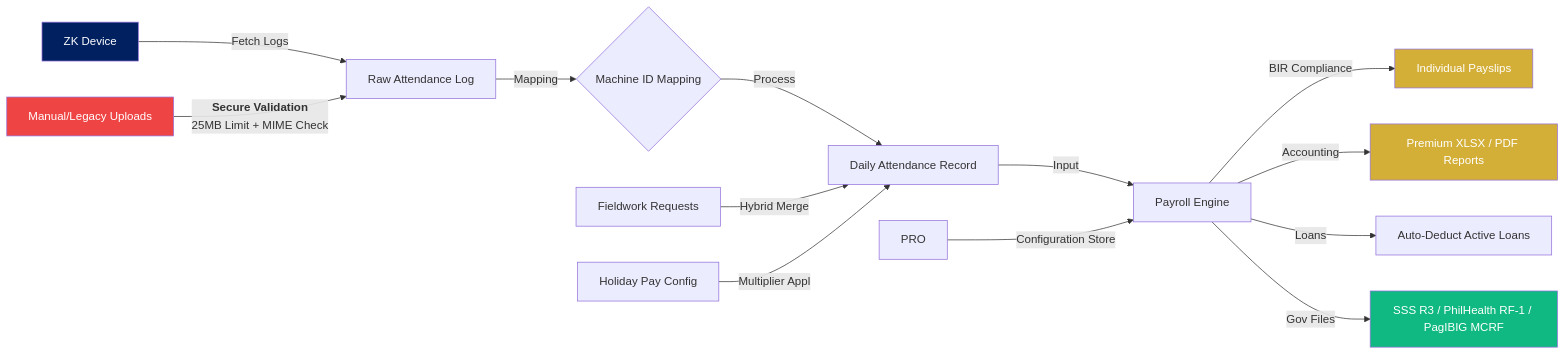
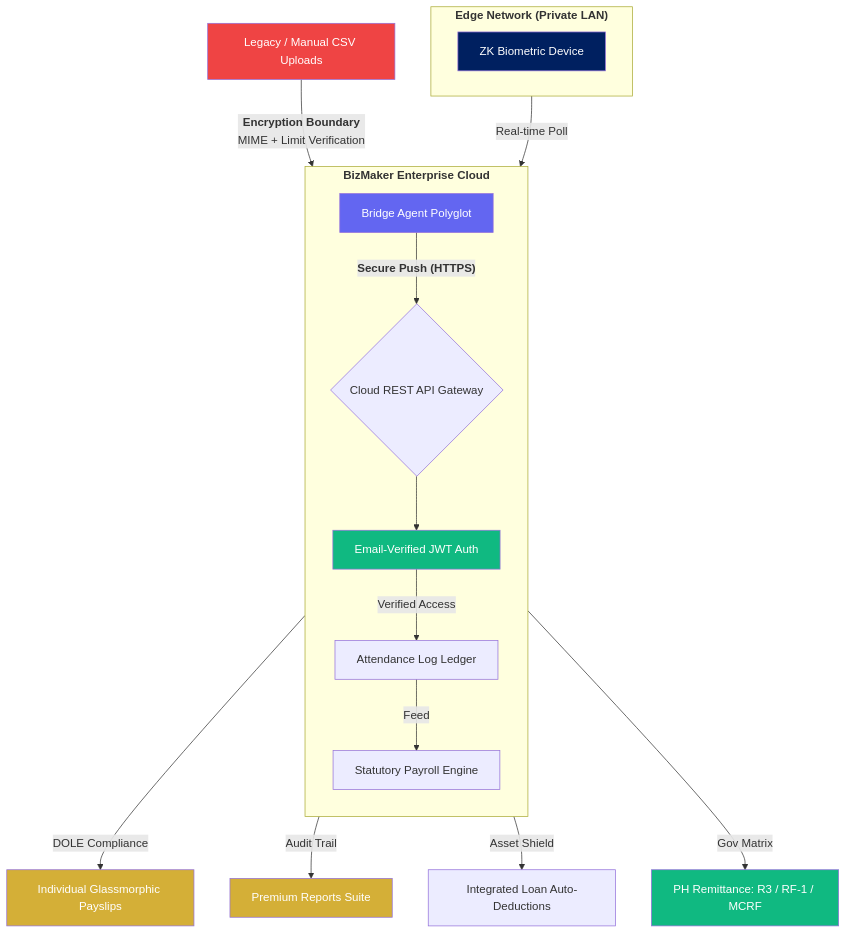
The second of 11 diagrams in README.md (binssente-crypto/PAYROLL-DOCUMENTATION), drawn with Mermaid before and after one commit. The commit also changed other lines of this file, not shown here.

First line of the commit message:
Revise README for BizMaker Premium Payroll & ERP Suite

````diff
--- a/README.md
+++ b/README.md
@@ -74,25 +83,39 @@
 ```mermaid
-flowchart LR
-    HW[ZK Device] -->|Fetch Logs| LOG[Raw Attendance Log]
-    LOG -->|Mapping| MAP{Machine ID Mapping}
-    MAP -->|Process| DAY[Daily Attendance Record]
+    flowchart TD
+    %% Cloud Bridge Sync
+    subgraph Local["<b>Edge Network (Private LAN)</b>"]
+        direction LR
+        HW[ZK Biometric Device]
+    end
     
-    FW[Fieldwork Requests] -->|Hybrid Merge| DAY
-    HOL[Holiday Pay Config] -->|Multiplier Appl| DAY
+    subgraph Cloud["<b>BizMaker Enterprise Cloud</b>"]
+        direction TB
+        BRIDGE[Bridge Agent Polyglot]
+        API{Cloud REST API Gateway}
+        AUTH[Email-Verified JWT Auth]
+        LOG[Attendance Log Ledger]
+        PAY[Statutory Payroll Engine]
+    end
+
+    HW -->|Real-time Poll| BRIDGE
+    BRIDGE -->|"<b>Secure Push (HTTPS)</b>"| API
+    API --> AUTH
+    AUTH -->|Verified Access| LOG
     
-    DAY -->|Input| PAY[Payroll Engine]
-    PRO -->|Configuration Store| PAY
-    PAY -->|BIR Compliance| SLIP[Individual Payslips]
-    PAY -->|Accounting| REP[Premium XLSX / PDF Reports]
-    PAY -->|Loans| LOAN[Auto-Deduct Active Loans]
-    PAY -->|Gov Files| REMIT[SSS R3 / PhilHealth RF-1 / PagIBIG MCRF]
-
-    %% External Uploads Security Layer
-    UPL[Manual/Legacy Uploads] -->|<b>Secure Validation</b><br/>25MB Limit + MIME Check| LOG
+    LOG -->|Feed| PAY
+    PAY -->|DOLE Compliance| SLIP[Individual Glassmorphic Payslips]
+    PAY -->|Audit Trail| REP[Premium Reports Suite]
+    PAY -->|Asset Shield| LOAN[Integrated Loan Auto-Deductions]
+    PAY -->|Gov Matrix| REMIT[PH Remittance: R3 / RF-1 / MCRF]
+    
+    %% Manual Layer
+    UPL[Legacy / Manual CSV Uploads] -->|"<b>Encryption Boundary</b><br/>MIME + Limit Verification"| LOG
 
     style HW fill:#002060,color:#fff
     style SLIP fill:#D4AF37,color:#fff
     style REP fill:#D4AF37,color:#fff
     style REMIT fill:#10b981,color:#fff
     style UPL fill:#ef4444,color:#fff
+    style BRIDGE fill:#6366f1,color:#fff
+    style AUTH fill:#10b981,color:#fff
 ```
````
